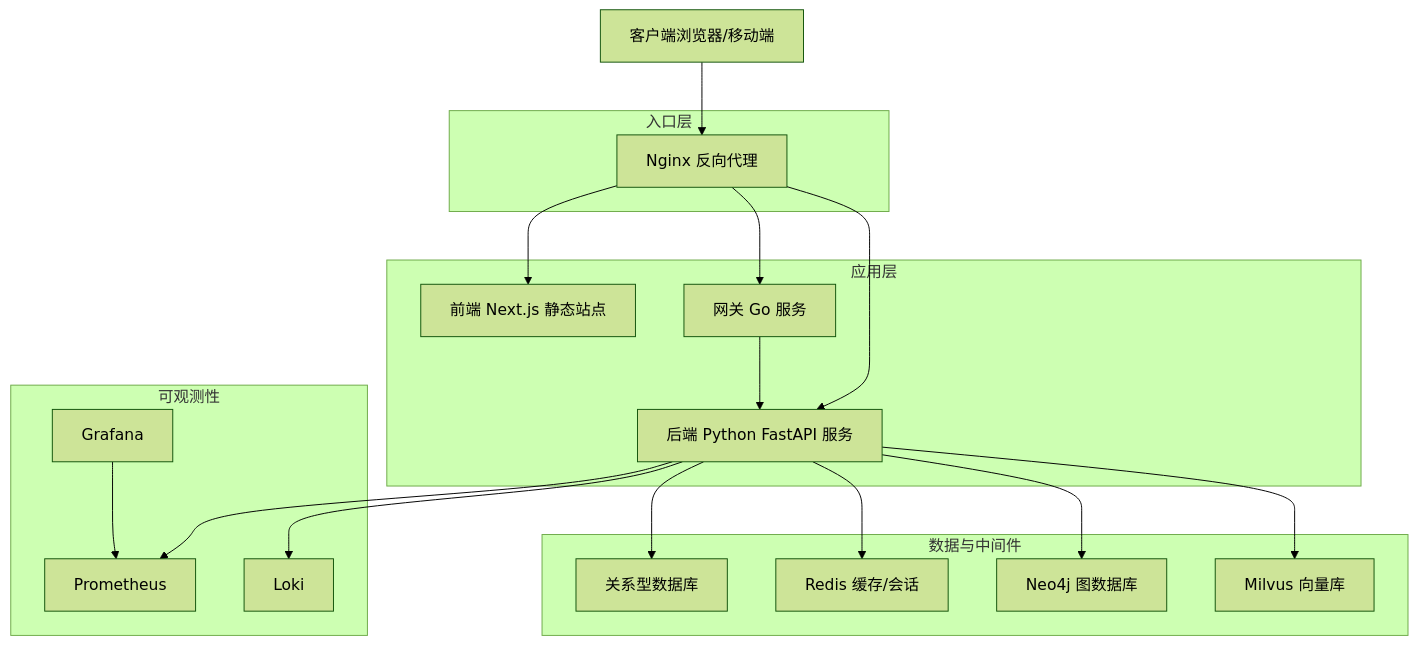
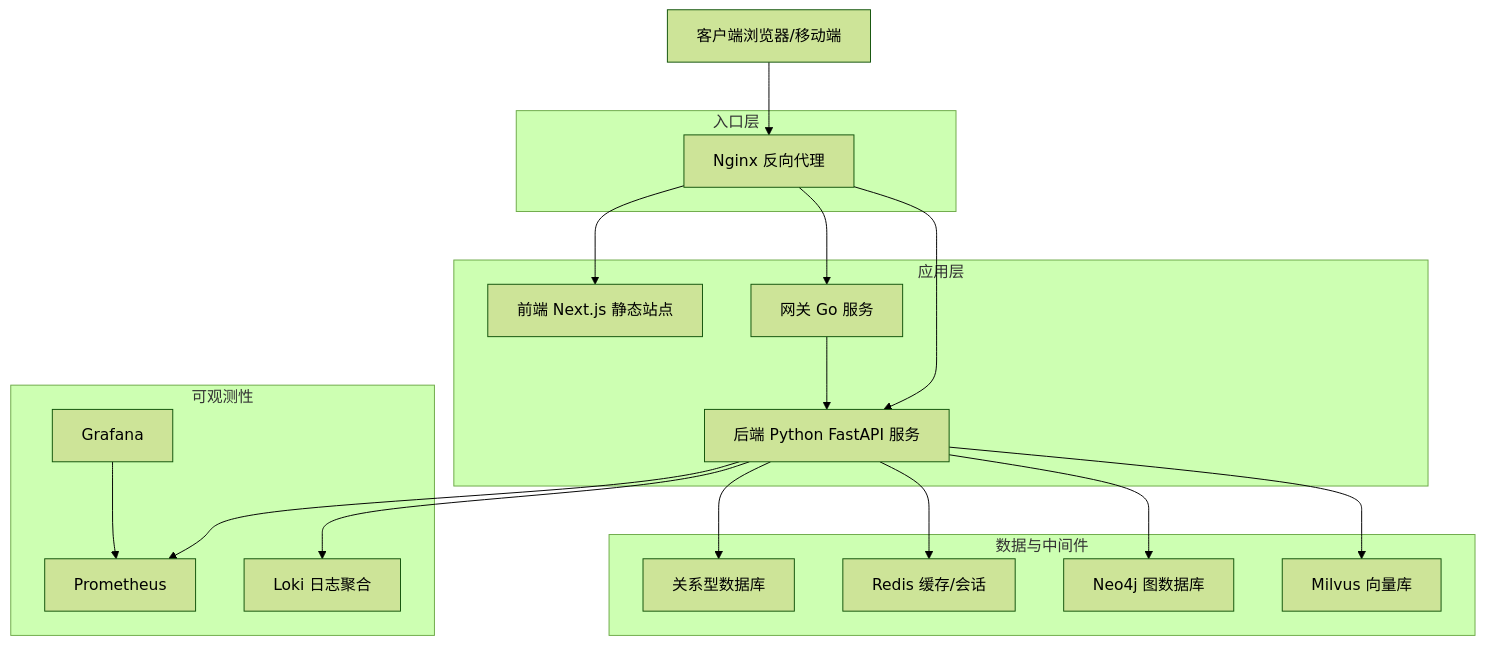
Before and after one commit to zmdhdu/NexusCockpit: the first of 9 diagrams in .qoder/repowiki/zh/content/部署和配置/部署和配置.md, drawn with Mermaid (forest theme). The commit also changed other lines of this file and 23 other files, not shown here.

````diff
--- a/.qoder/repowiki/zh/content/部署和配置/部署和配置.md
+++ b/.qoder/repowiki/zh/content/部署和配置/部署和配置.md
@@ -69,34 +77,34 @@
 ```mermaid
 graph TB
 subgraph "入口层"
 Nginx["Nginx 反向代理"]
 end
 subgraph "应用层"
 Frontend["前端 Next.js 静态站点"]
 Backend["后端 Python FastAPI 服务"]
 Gateway["网关 Go 服务"]
 end
 subgraph "数据与中间件"
 DB["关系型数据库"]
 Redis["Redis 缓存/会话"]
 Neo4j["Neo4j 图数据库"]
 Milvus["Milvus 向量库"]
 end
 subgraph "可观测性"
 Prometheus["Prometheus"]
 Grafana["Grafana"]
-Loki["Loki"]
+Loki["Loki 日志聚合"]
 end
 Client["客户端浏览器/移动端"] --> Nginx
 Nginx --> Frontend
 Nginx --> Gateway
 Nginx --> Backend
 Gateway --> Backend
 Backend --> DB
 Backend --> Redis
 Backend --> Neo4j
 Backend --> Milvus
 Backend --> Prometheus
 Backend --> Loki
 Grafana --> Prometheus
 ```
````
